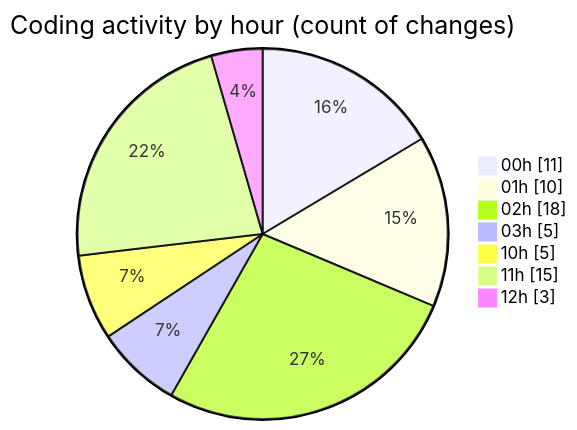
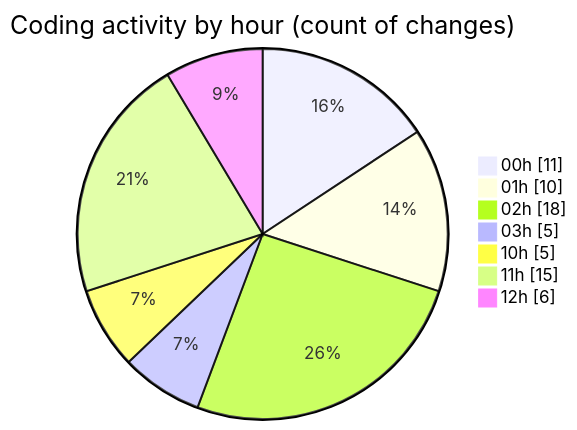
The second of 2 diagrams in 2025-11-02/cdp_aleoudev_fr__workspace_/README.md (julien-gomy/code-tracking), drawn with Mermaid before and after one commit. The commit also changed other lines of this file and 1 other file, not shown here.

````diff
--- a/2025-11-02/cdp_aleoudev_fr__workspace_/README.md
+++ b/2025-11-02/cdp_aleoudev_fr__workspace_/README.md
@@ -33,11 +33,11 @@
 ```mermaid
 pie showData
 title Coding activity by hour (count of changes)
 "00h" : 11
 "01h" : 10
 "02h" : 18
 "03h" : 5
 "10h" : 5
 "11h" : 15
-"12h" : 3
+"12h" : 6
 ```
````
